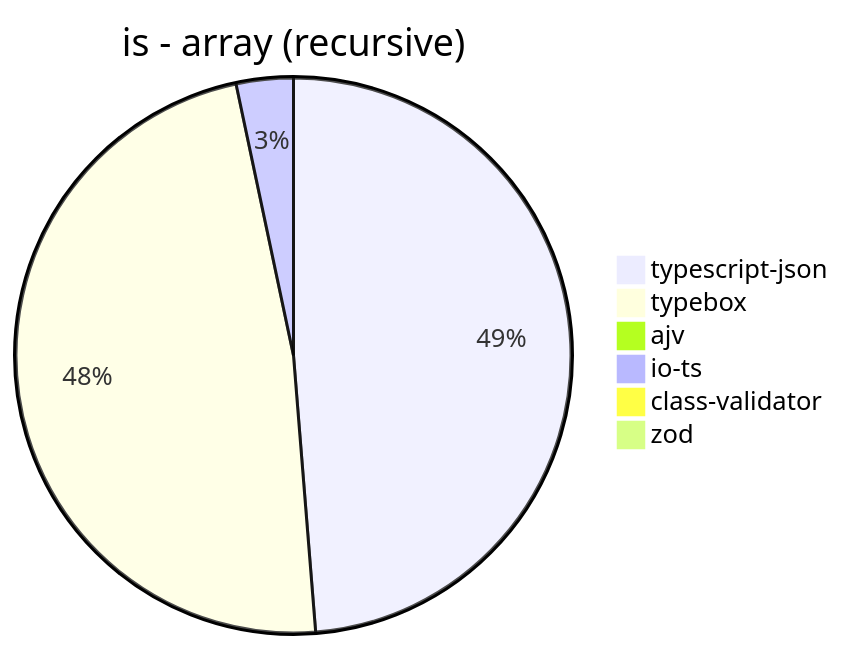
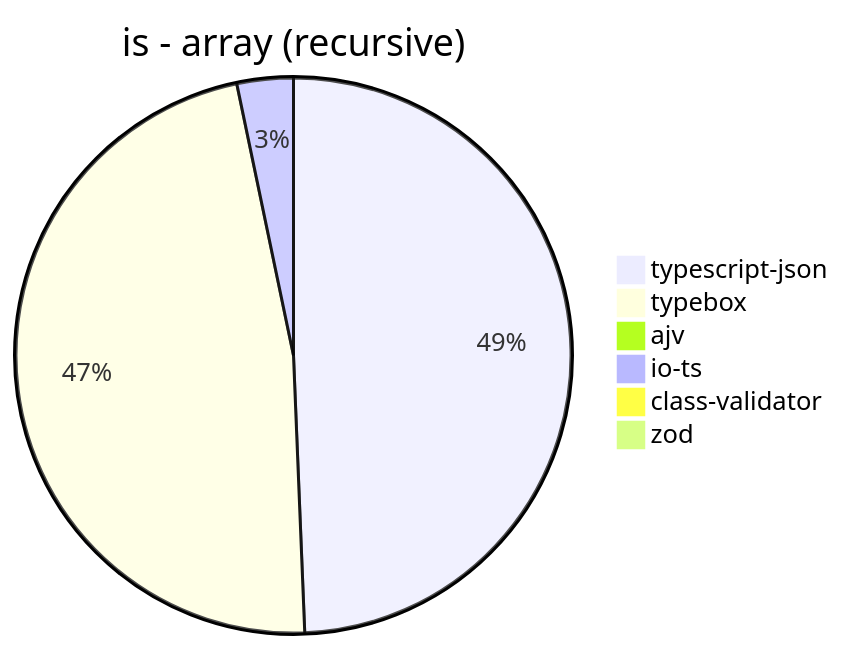
Before and after one commit to samchon/typia: the fifth of 39 diagrams in benchmark/results/AMD Ryzen 7 5800H with Radeon Graphics.md, drawn with Mermaid. The commit also changed other lines of this file and 3 other files, not shown here.

````diff
--- a/benchmark/results/AMD Ryzen 7 5800H with Radeon Graphics.md
+++ b/benchmark/results/AMD Ryzen 7 5800H with Radeon Graphics.md
@@ -65,9 +65,9 @@
 ```mermaid
 pie title is - array (recursive)
-  "typescript-json": 7189.754022563344
-  "typebox": 7075.851684547337
+  "typescript-json": 7202.869596803487
+  "typebox": 6913.352790952207
   "ajv": 0
-  "io-ts": 489.6803652968037
-  "class-validator": 3.181733108740408
-  "zod": 8.88804841149773
+  "io-ts": 478.1255720300201
+  "class-validator": 3.380281690140845
+  "zod": 8.44436104334772
 ```
````
